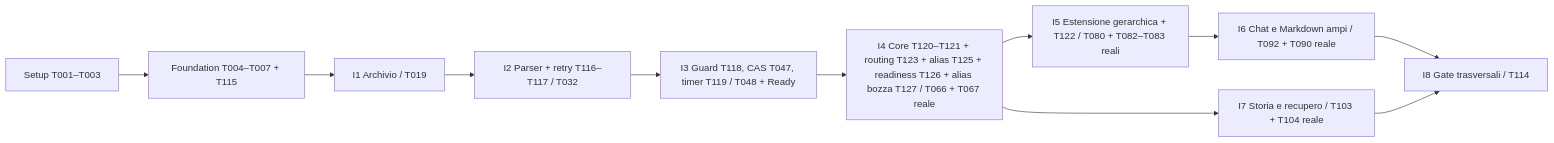
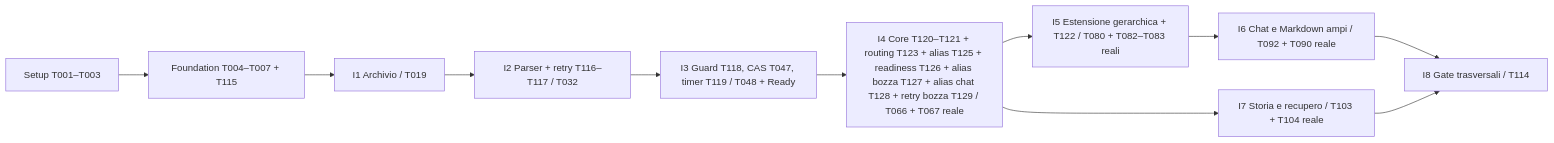
One commit to babbubba/bProjects changed the diagram in specs/002-project-documents/tasks.md. Above: the diagram before and after it, drawn with Mermaid. The commit also changed other lines of this file and 1 other file, not shown here.

Commit message:
docs(002): task T128 alias Chat e T129 retry guidato bozza, dipendenze T067 e contratti

````diff
--- a/specs/002-project-documents/tasks.md
+++ b/specs/002-project-documents/tasks.md
@@ -369,13 +371,13 @@
 ```mermaid
 flowchart LR
   S["Setup T001–T003"] --> F["Foundation T004–T007 + T115"]
   F --> I1["I1 Archivio / T019"]
   I1 --> I2["I2 Parser + retry T116–T117 / T032"]
   I2 --> I3["I3 Guard T118, CAS T047, timer T119 / T048 + Ready"]
-  I3 --> I4["I4 Core T120–T121 + routing T123 + alias T125 + readiness T126 + alias bozza T127 / T066 + T067 reale"]
+  I3 --> I4["I4 Core T120–T121 + routing T123 + alias T125 + readiness T126 + alias bozza T127 + alias chat T128 + retry bozza T129 / T066 + T067 reale"]
   I4 --> I5["I5 Estensione gerarchica + T122 / T080 + T082–T083 reali"]
   I5 --> I6["I6 Chat e Markdown ampi / T092 + T090 reale"]
   I4 --> I7["I7 Storia e recupero / T103 + T104 reale"]
   I6 --> I8["I8 Gate trasversali / T114"]
   I7 --> I8
 ```
````
